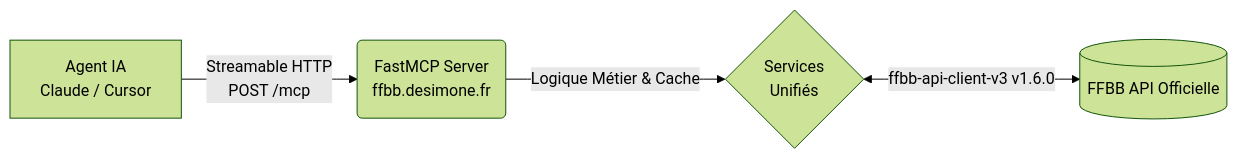
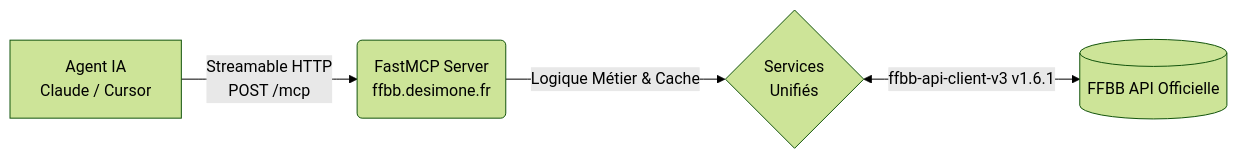
The diagram in README.md (nickdesi/FFBB-MCP-Server), drawn with Mermaid (forest theme) before and after one commit. The commit also changed other lines of this file and 1 other file, not shown here.

Commit message:
Fix ffbb_search_service dispatch bug and bump client version

````diff
--- a/README.md
+++ b/README.md
@@ -143,6 +143,6 @@
 ```mermaid
 flowchart LR
     A["Agent IA\nClaude / Cursor"] -->|"Streamable HTTP\nPOST /mcp"| B("FastMCP Server\nffbb.desimone.fr")
     B -->|"Logique Métier & Cache"| C{"Services\nUnifiés"}
-    C <-->|"ffbb-api-client-v3 v1.6.0"| D[("FFBB API Officielle")]
+    C <-->|"ffbb-api-client-v3 v1.6.1"| D[("FFBB API Officielle")]
 ```
````
